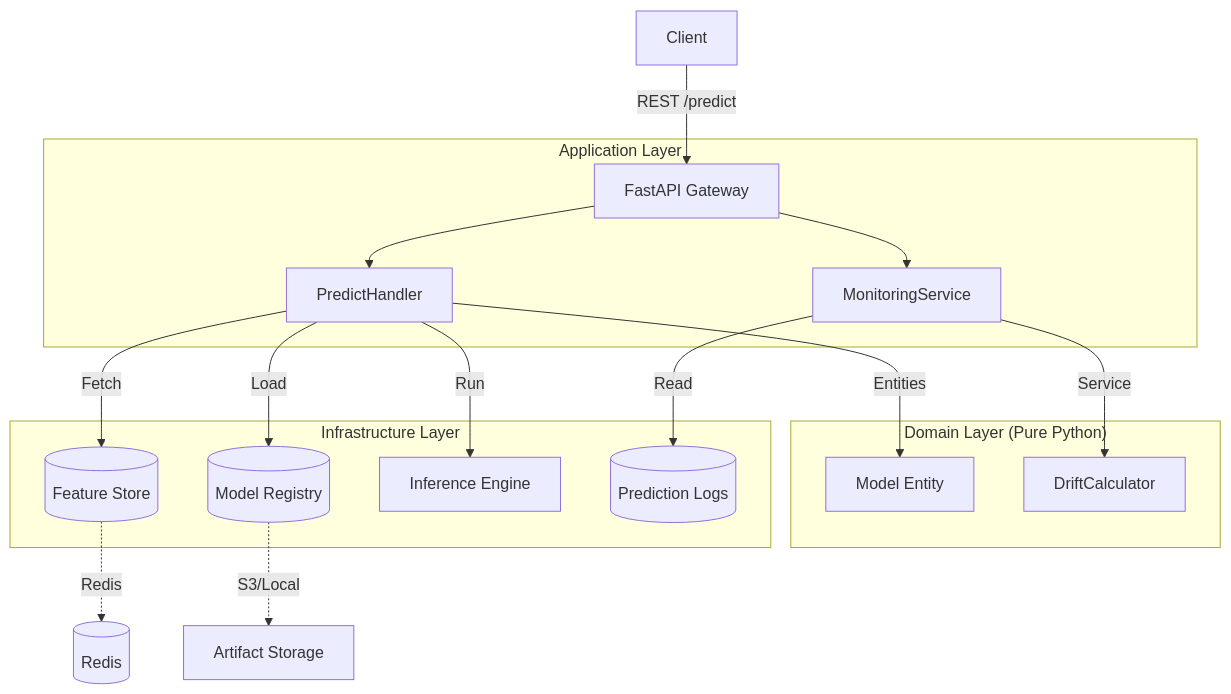
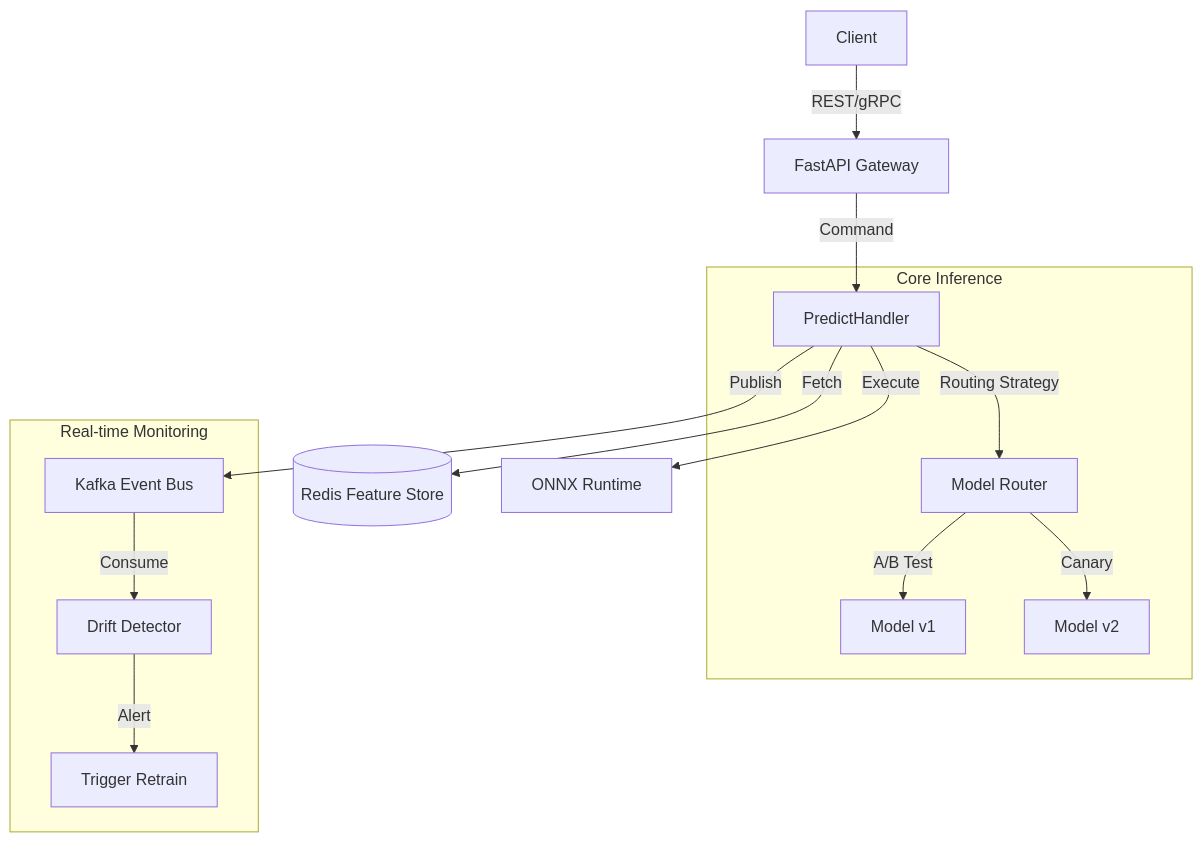
Before and after one commit to vtnguyen04/phoenix_ML: the diagram in Documents/mlops/README.md, drawn with Mermaid. The commit also changed other lines of this file, not shown here.

Commit message:
docs: update README with architecture and setup guide

````diff
--- a/Documents/mlops/README.md
+++ b/Documents/mlops/README.md
@@ -9,24 +23,20 @@
 ```mermaid
 graph TD
-    Client[Client] -->|REST /predict| API[FastAPI Gateway]
+    Client[Client] -->|REST/gRPC| Gateway[FastAPI Gateway]
+    Gateway -->|Command| Handler[PredictHandler]
     
-    subgraph "Application Layer"
-        API --> Handler[PredictHandler]
-        API --> Monitor[MonitoringService]
+    subgraph "Core Inference"
+        Handler -->|Routing Strategy| Router[Model Router]
+        Router -->|A/B Test| Champion[Model v1]
+        Router -->|Canary| Challenger[Model v2]
     end
     
-    subgraph "Domain Layer (Pure Python)"
-        Handler -->|Entities| Model[Model Entity]
-        Monitor -->|Service| Drift[DriftCalculator]
+    subgraph "Real-time Monitoring"
+        Handler -->|Publish| Kafka[Kafka Event Bus]
+        Kafka -->|Consume| Monitor[Drift Detector]
+        Monitor -->|Alert| Retrain[Trigger Retrain]
     end
     
-    subgraph "Infrastructure Layer"
-        Handler -->|Fetch| FS[(Feature Store)]
-        Handler -->|Load| MR[(Model Registry)]
-        Handler -->|Run| Engine[Inference Engine]
-        Monitor -->|Read| Logs[(Prediction Logs)]
-    end
-    
-    FS -.->|Redis| Redis[(Redis)]
-    MR -.->|S3/Local| Storage[Artifact Storage]
+    Handler -->|Fetch| Redis[(Redis Feature Store)]
+    Handler -->|Execute| ONNX[ONNX Runtime]
 ```
````
